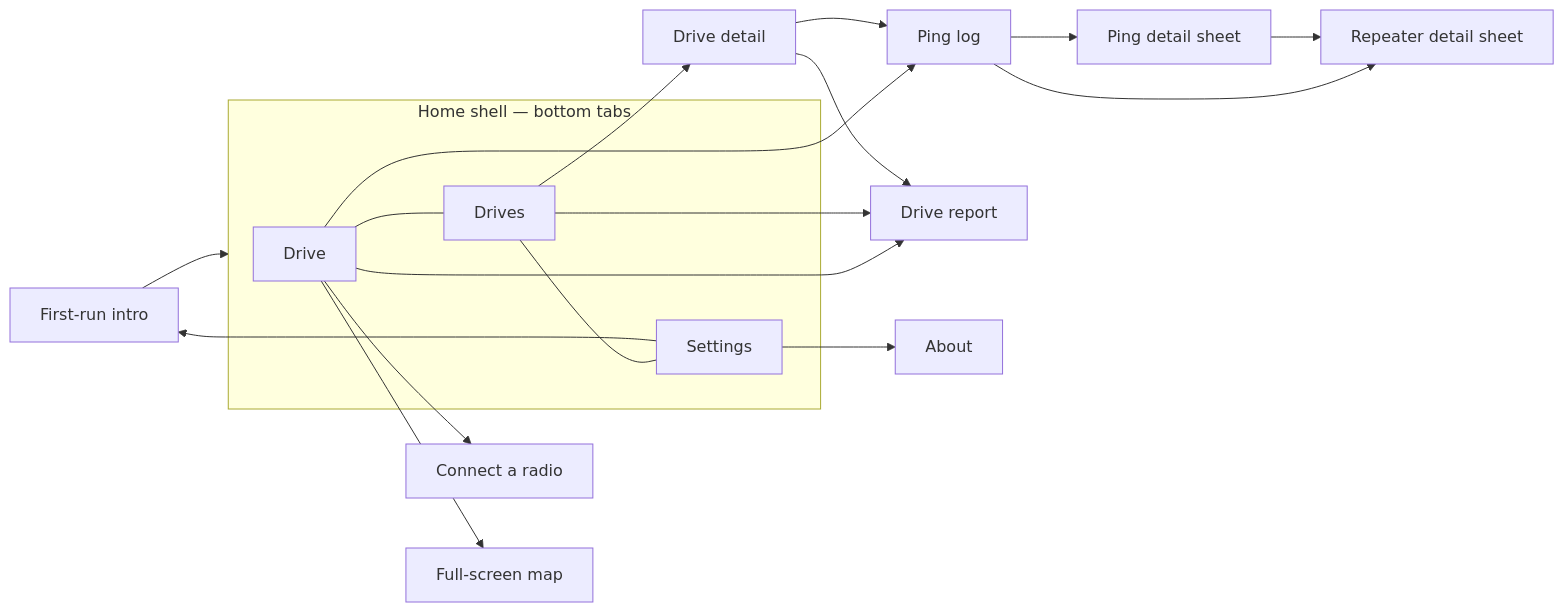
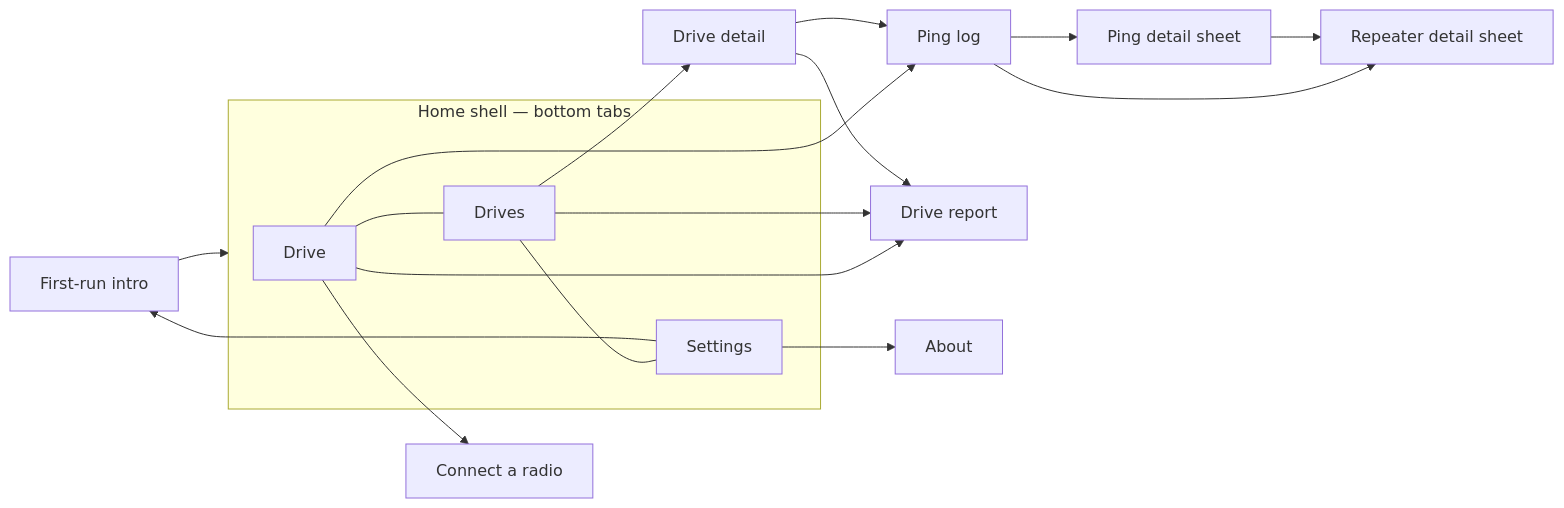
Before and after one commit to Innovatex-AI/meshsonar: the diagram in docs/FEATURES.md, drawn with Mermaid. The commit also changed other lines of this file and 4 other files, not shown here.

First line of the commit message:
Build 70: simulator tour panel steps, integration flows off the old layout, FEATURES

````diff
--- a/docs/FEATURES.md
+++ b/docs/FEATURES.md
@@ -6,20 +6,19 @@
 ```mermaid
 flowchart LR
   FIRST[First-run intro] --> SHELL
   subgraph SHELL[Home shell — bottom tabs]
     DRIVE[Drive] --- DRIVES[Drives] --- SETTINGS[Settings]
   end
   DRIVE --> CONNECT[Connect a radio]
-  DRIVE --> FULL[Full-screen map]
   DRIVE --> LOG[Ping log]
   DRIVE --> REPORT[Drive report]
   LOG --> PING[Ping detail sheet]
   LOG --> REP[Repeater detail sheet]
   PING --> REP
   DRIVES --> DETAIL[Drive detail]
   DRIVES --> REPORT
   DETAIL --> LOG
   DETAIL --> REPORT
   SETTINGS --> ABOUT[About]
   SETTINGS --> FIRST
 ```
````
